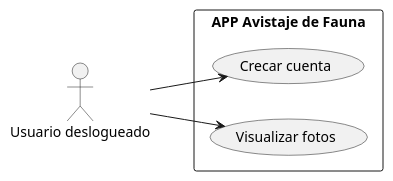
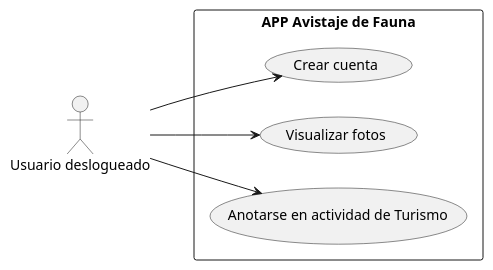
Before and after one commit to UBP-IngenieriaSoftware/filminas: the diagram in slides/plantUML/ejemplo.puml, drawn with PlantUML. The commit also changed 10 other files, not shown here.

Commit message:
fix: improve UML part

```diff
--- a/slides/plantUML/ejemplo.puml
+++ b/slides/plantUML/ejemplo.puml
@@ -1,10 +1,12 @@
 @startuml ejemplo-diagrama
 left to right direction
 actor :Usuario deslogueado: as UD
 rectangle "APP Avistaje de Fauna" {
-  usecase "Crecar cuenta" as UC1
+  usecase "Crear cuenta" as UC1
   usecase "Visualizar fotos" as UC2
+  usecase "Anotarse en actividad de Turismo" as UC3
 }
 UD --> UC1
 UD --> UC2
+UD --> UC3
 @endumls
```
